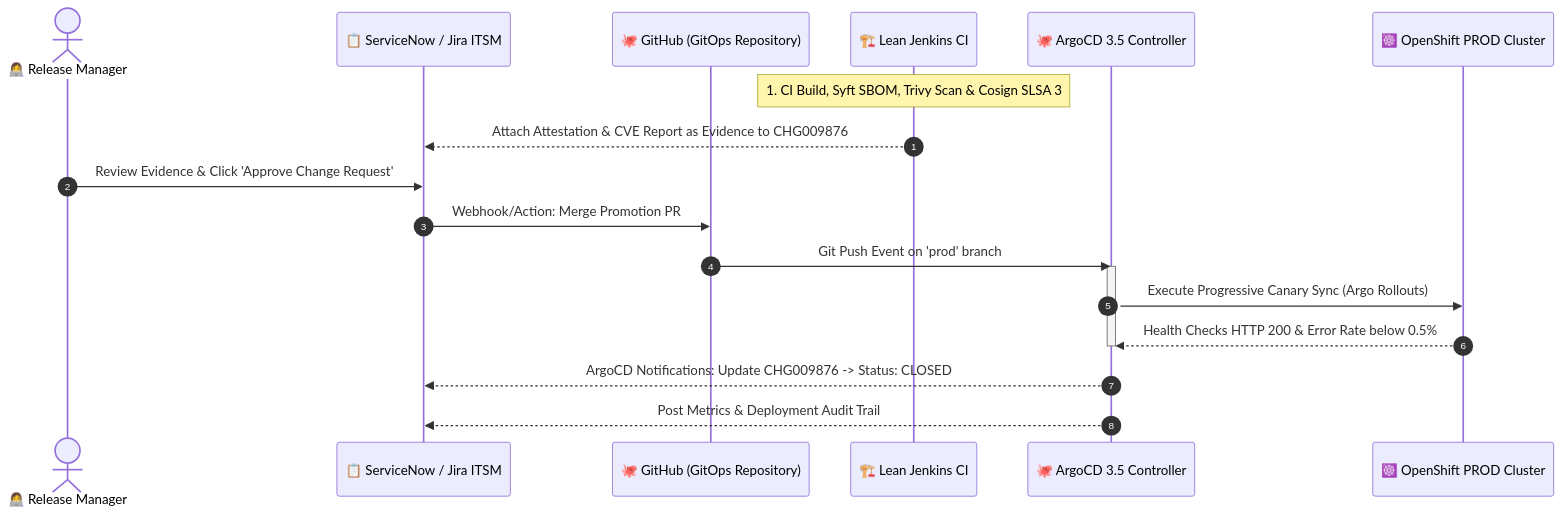
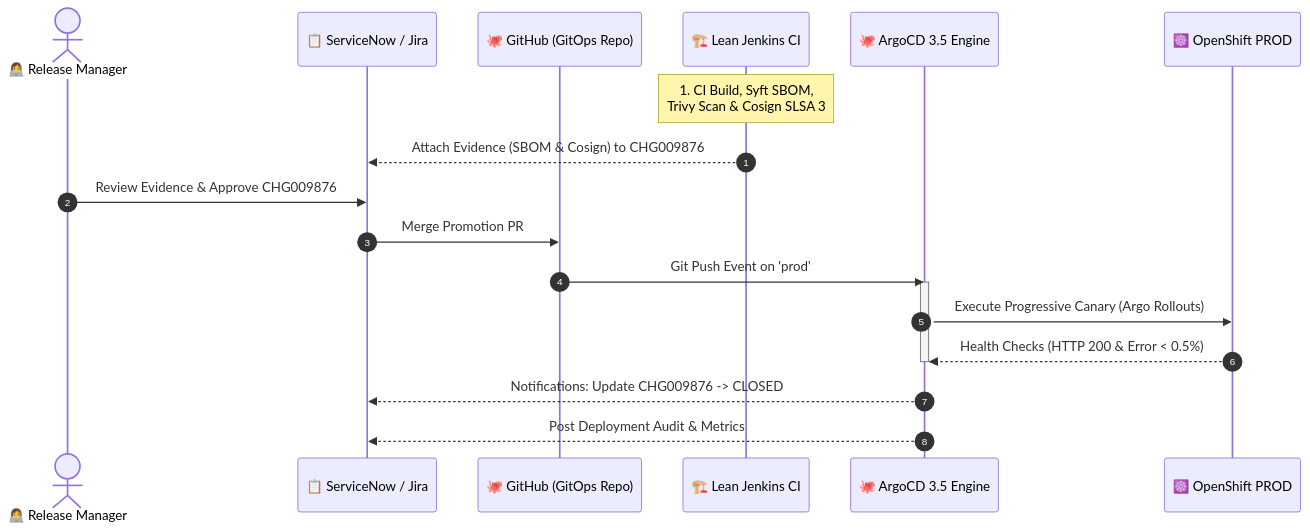
Before and after one commit to nubenetes/jenkins-without-git-parameter: the fifth of 14 diagrams in README.md, drawn with Mermaid. The commit also changed other lines of this file, not shown here.

Commit message:
fix(mermaid): shorten sequence labels, break long arrow chains, and compact subgraph titles

````diff
--- a/README.md
+++ b/README.md
@@ -461,25 +461,25 @@
 ```mermaid
 sequenceDiagram
     autonumber
     actor Ops as 👩‍💻 Release Manager
-    participant ITSM as 📋 ServiceNow / Jira ITSM
-    participant GitHub as 🐙 GitHub (GitOps Repository)
+    participant ITSM as 📋 ServiceNow / Jira
+    participant GitHub as 🐙 GitHub (GitOps Repo)
     participant Jenkins as 🏗️ Lean Jenkins CI
-    participant ArgoCD as 🐙 ArgoCD 3.5 Controller
-    participant Cluster as ☸️ OpenShift PROD Cluster
+    participant ArgoCD as 🐙 ArgoCD 3.5 Engine
+    participant Cluster as ☸️ OpenShift PROD
 
-    Note over Jenkins: 1. CI Build, Syft SBOM, Trivy Scan & Cosign SLSA 3
-    Jenkins-->>ITSM: Attach Attestation & CVE Report as Evidence to CHG009876
+    Note over Jenkins: 1. CI Build, Syft SBOM,<br/>Trivy Scan & Cosign SLSA 3
+    Jenkins-->>ITSM: Attach Evidence (SBOM & Cosign) to CHG009876
     
-    Ops->>ITSM: Review Evidence & Click 'Approve Change Request'
-    ITSM->>GitHub: Webhook/Action: Merge Promotion PR #89 (CHG009876)
+    Ops->>ITSM: Review Evidence & Approve CHG009876
+    ITSM->>GitHub: Merge Promotion PR #89 (CHG009876)
     
-    GitHub->>ArgoCD: Git Push Event on 'prod' branch
+    GitHub->>ArgoCD: Git Push Event on 'prod'
     activate ArgoCD
-    ArgoCD->>Cluster: Execute Progressive Canary Sync (Argo Rollouts)
-    Cluster-->>ArgoCD: Health Checks HTTP 200 & Error Rate below 0.5%
+    ArgoCD->>Cluster: Execute Progressive Canary (Argo Rollouts)
+    Cluster-->>ArgoCD: Health Checks (HTTP 200 & Error < 0.5%)
     deactivate ArgoCD
     
-    ArgoCD-->>ITSM: ArgoCD Notifications: Update CHG009876 -> Status: CLOSED
-    ArgoCD-->>ITSM: Post Metrics & Deployment Audit Trail
+    ArgoCD-->>ITSM: Notifications: Update CHG009876 -> CLOSED
+    ArgoCD-->>ITSM: Post Deployment Audit & Metrics
 ```
````
